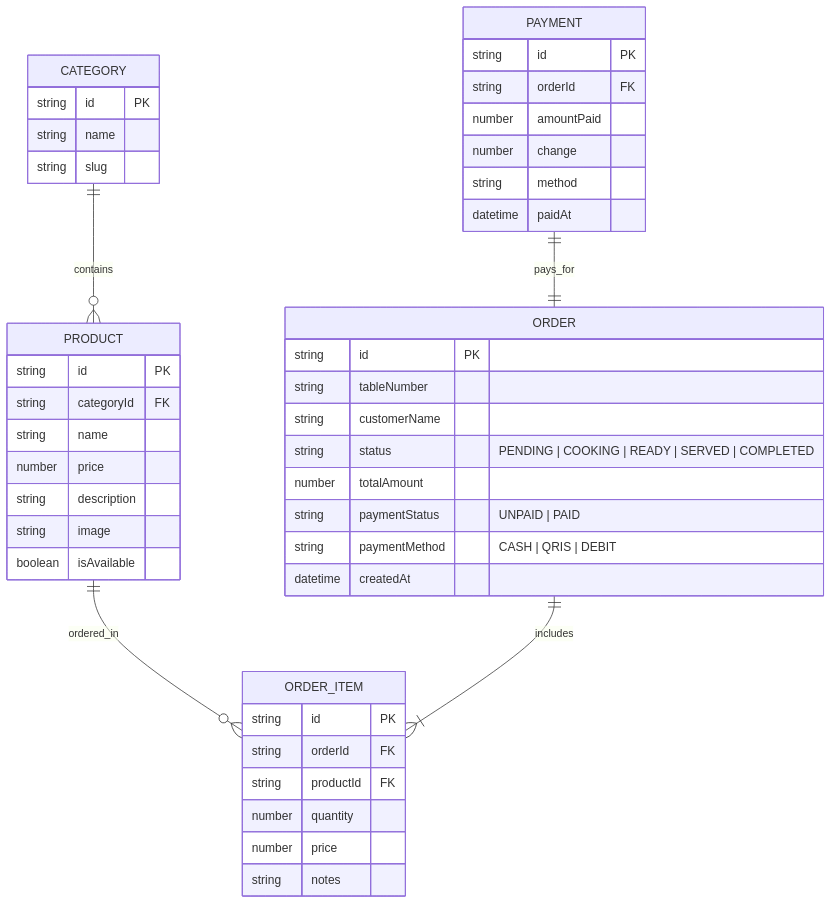
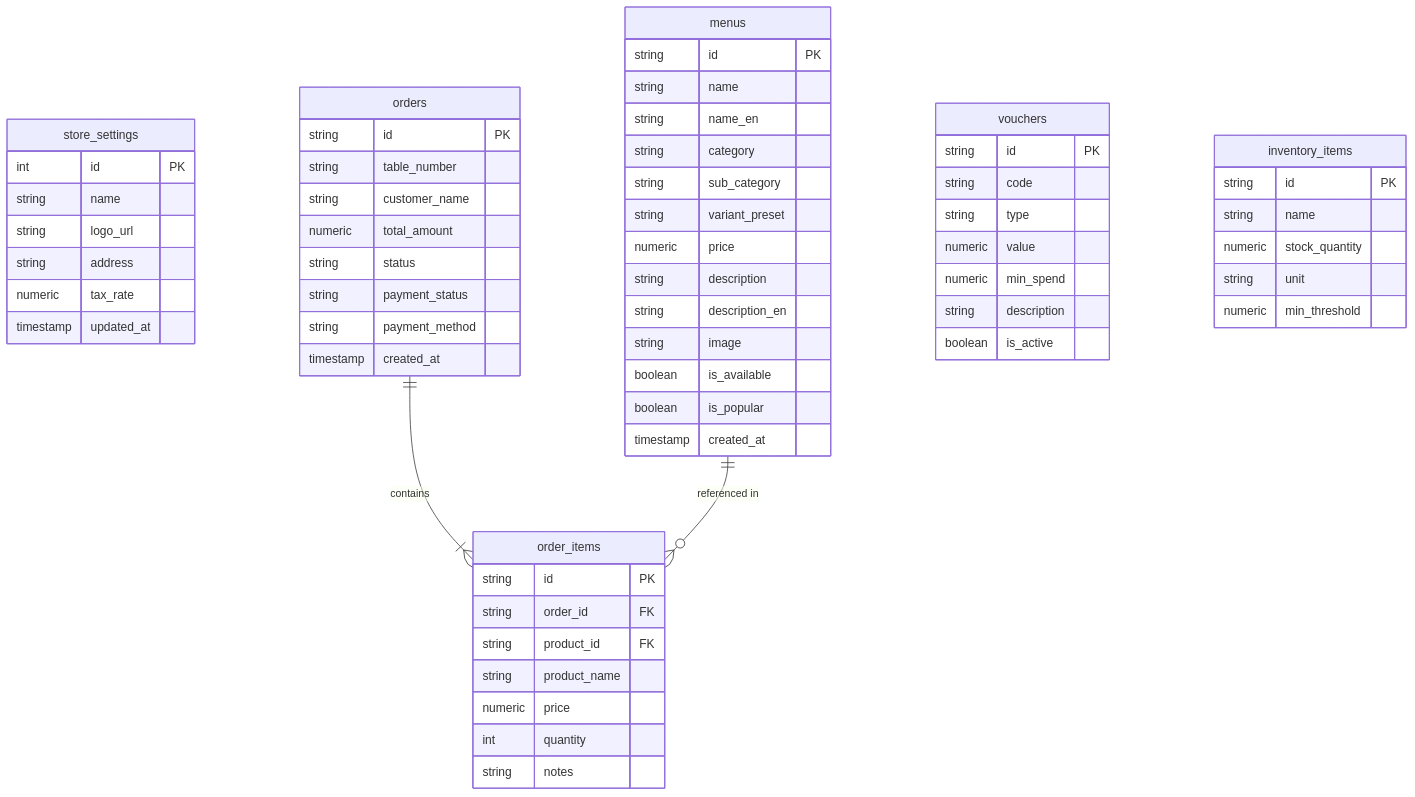
Before and after one commit to OpikSendy/mycashier: the diagram in docs/03_DATABASE_ERD.md, drawn with Mermaid. The commit also changed other lines of this file and 4 other files, not shown here.

Commit message:
docs: Module 1 - Comprehensive update for PRD, TRD, DB ERD, API Specs & Roadmap (20+ features)

````diff
--- a/docs/03_DATABASE_ERD.md
+++ b/docs/03_DATABASE_ERD.md
@@ -5,52 +5,69 @@
 ```mermaid
 erDiagram
-    CATEGORY ||--o{ PRODUCT : contains
-    PRODUCT ||--o{ ORDER_ITEM : ordered_in
-    ORDER ||--|{ ORDER_ITEM : includes
-    PAYMENT ||--|| ORDER : pays_for
+    store_settings {
+        int id PK
+        string name
+        string logo_url
+        string address
+        numeric tax_rate
+        timestamp updated_at
+    }
 
-    CATEGORY {
+    menus {
         string id PK
         string name
-        string slug
+        string name_en
+        string category
+        string sub_category
+        string variant_preset
+        numeric price
+        string description
+        string description_en
+        string image
+        boolean is_available
+        boolean is_popular
+        timestamp created_at
     }
 
-    PRODUCT {
+    orders {
         string id PK
-        string categoryId FK
-        string name
-        number price
-        string description
-        string image
-        boolean isAvailable
+        string table_number
+        string customer_name
+        numeric total_amount
+        string status
+        string payment_status
+        string payment_method
+        timestamp created_at
     }
 
-    ORDER {
+    order_items {
         string id PK
-        string tableNumber
-        string customerName
-        string status "PENDING | COOKING | READY | SERVED | COMPLETED"
-        number totalAmount
-        string paymentStatus "UNPAID | PAID"
-        string paymentMethod "CASH | QRIS | DEBIT"
-        datetime createdAt
-    }
-
-    ORDER_ITEM {
-        string id PK
-        string orderId FK
-        string productId FK
-        number quantity
-        number price
+        string order_id FK
+        string product_id FK
+        string product_name
+        numeric price
+        int quantity
         string notes
     }
 
-    PAYMENT {
+    vouchers {
         string id PK
-        string orderId FK
-        number amountPaid
-        number change
-        string method
-        datetime paidAt
+        string code
+        string type
+        numeric value
+        numeric min_spend
+        string description
+        boolean is_active
     }
+
+    inventory_items {
+        string id PK
+        string name
+        numeric stock_quantity
+        string unit
+        numeric min_threshold
+    }
+
+    orders ||--|{ order_items : "contains"
+    menus ||--o{ order_items : "referenced in"
 ```
````
